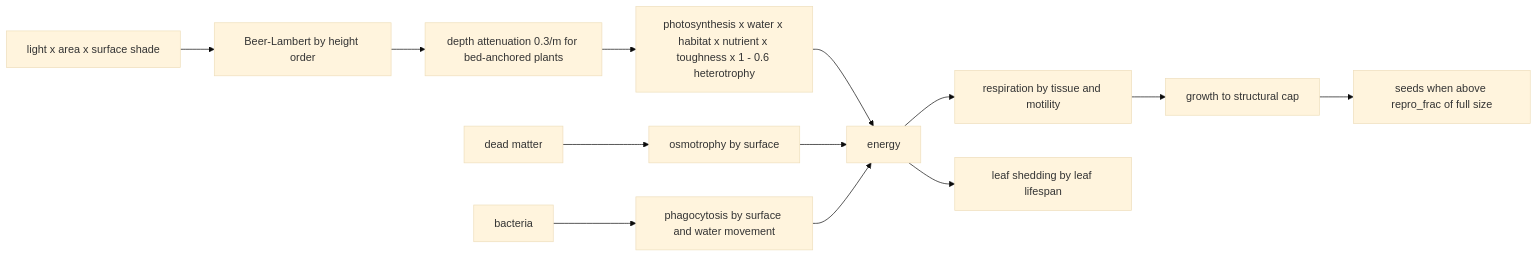
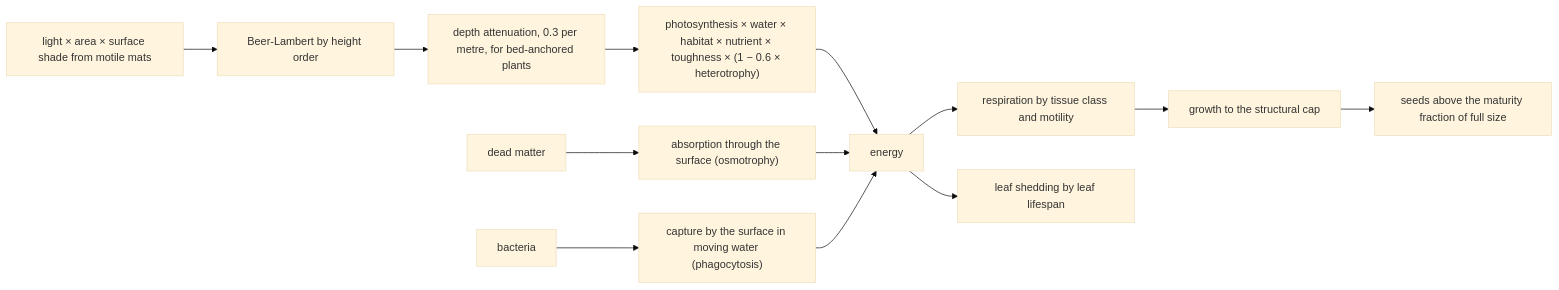
One commit to Tubbles/evo-planet changed the third of 5 diagrams in docs/SPEC.md. Above: the diagram before and after it, drawn with Mermaid (base theme). The commit also changed other lines of this file and 13 other files, not shown here.

````diff
--- a/docs/SPEC.md
+++ b/docs/SPEC.md
@@ -296,15 +342,15 @@
 ```mermaid
 flowchart LR
-  L[light x area x surface shade] --> BL[Beer-Lambert by height order]
-  BL --> DA[depth attenuation 0.3/m for bed-anchored plants]
-  DA --> PH[photosynthesis x water x habitat x nutrient x toughness x 1 - 0.6 heterotrophy]
-  DM[dead matter] --> OS[osmotrophy by surface]
-  BA[bacteria] --> PG[phagocytosis by surface and water movement]
+  L["light × area × surface shade from motile mats"] --> BL["Beer-Lambert by height order"]
+  BL --> DA["depth attenuation, 0.3 per metre, for bed-anchored plants"]
+  DA --> PH["photosynthesis × water × habitat × nutrient × toughness × (1 − 0.6 × heterotrophy)"]
+  DM[dead matter] --> OS["absorption through the surface (osmotrophy)"]
+  BA[bacteria] --> PG["capture by the surface in moving water (phagocytosis)"]
   PH --> EN[energy]
   OS --> EN
   PG --> EN
-  EN --> RS[respiration by tissue and motility]
-  RS --> GR[growth to structural cap]
-  GR --> SD[seeds when above repro_frac of full size]
-  EN --> LS[leaf shedding by leaf lifespan]
+  EN --> RS["respiration by tissue class and motility"]
+  RS --> GR["growth to the structural cap"]
+  GR --> SD["seeds above the maturity fraction of full size"]
+  EN --> LS["leaf shedding by leaf lifespan"]
 ```
````
